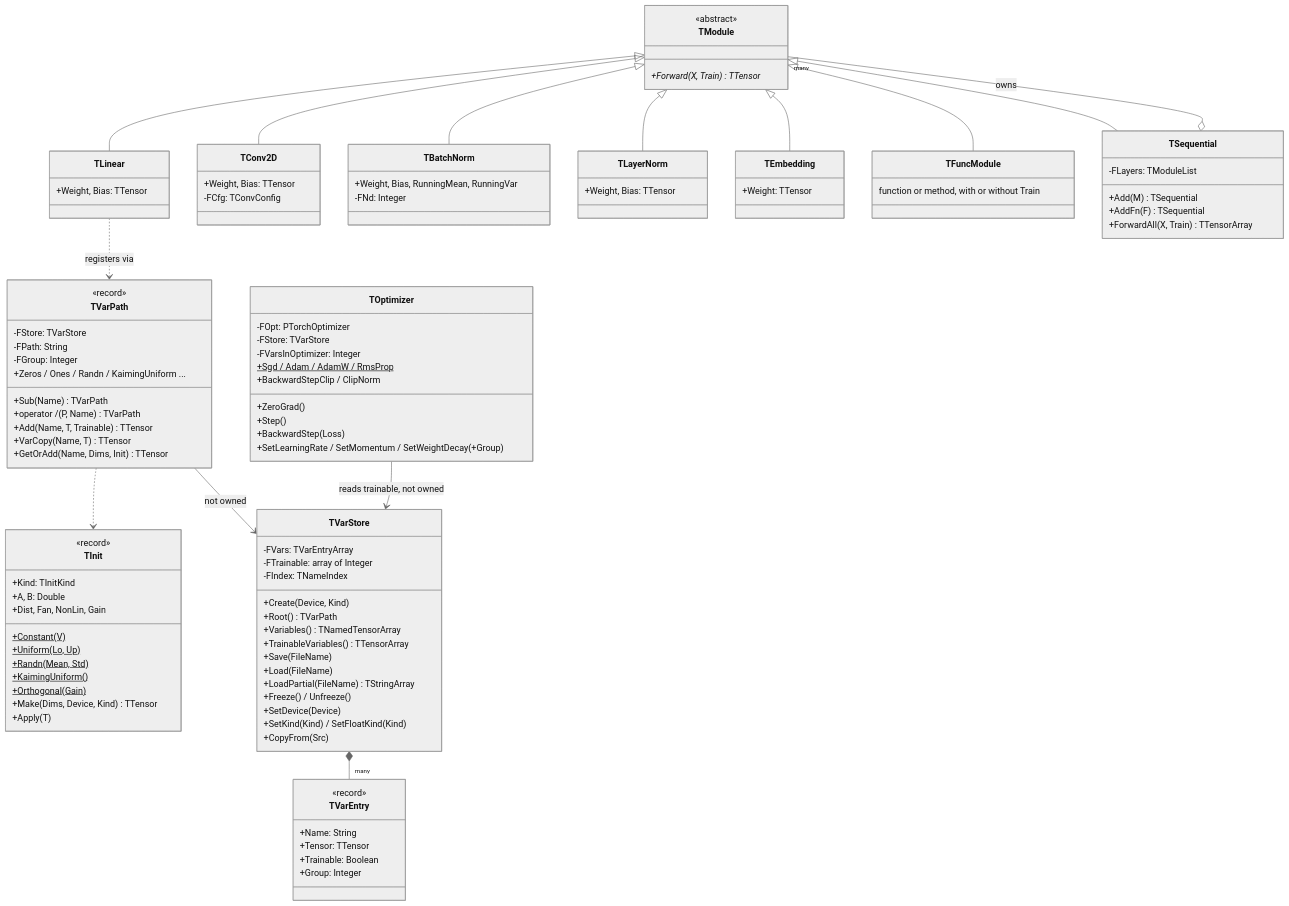
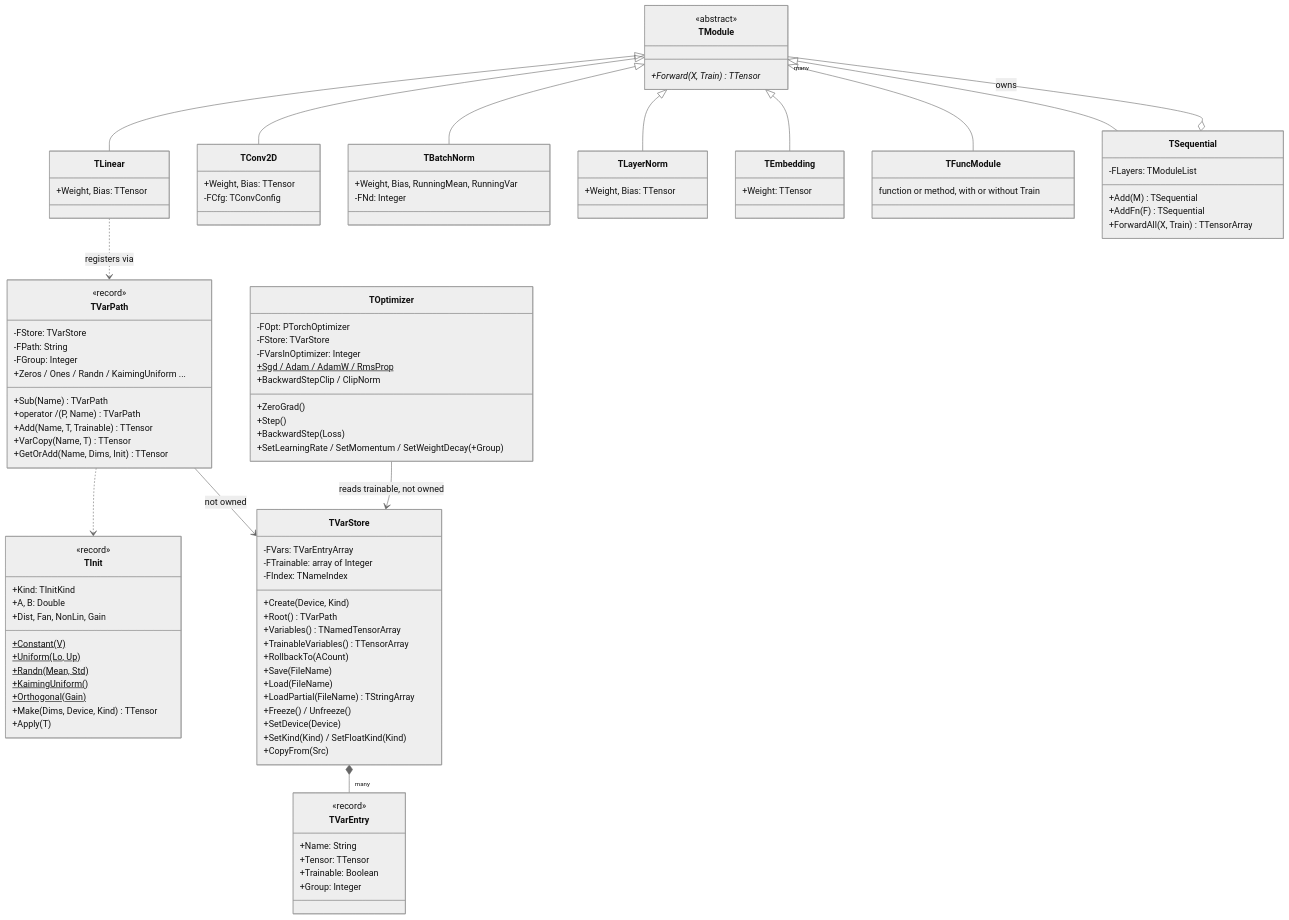
The third of 8 diagrams in docs/UML.md (tankoha/tch-fpc), drawn with Mermaid (neutral theme) before and after one commit. The commit also changed 8 other files, not shown here.

```diff
--- a/docs/UML.md
+++ b/docs/UML.md
@@ -179,6 +179,7 @@
     +Root() TVarPath
     +Variables() TNamedTensorArray
     +TrainableVariables() TTensorArray
+    +RollbackTo(ACount)
     +Save(FileName)
     +Load(FileName)
     +LoadPartial(FileName) TStringArray
```
